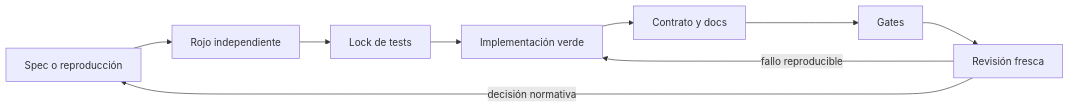
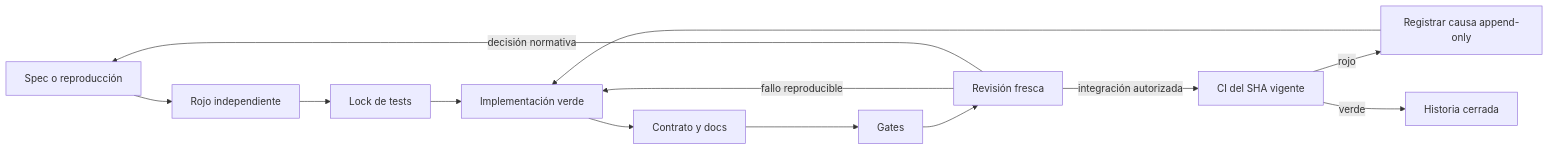
The diagram in docs/CODEX_WORKFLOW.md (dbareagimeno/lodestar), drawn with Mermaid before and after one commit. The commit also changed other lines of this file and 7 other files, not shown here.

````diff
--- a/docs/CODEX_WORKFLOW.md
+++ b/docs/CODEX_WORKFLOW.md
@@ -59,11 +63,15 @@
 ```mermaid
 flowchart LR
     S["Spec o reproducción"] --> R["Rojo independiente"]
     R --> L["Lock de tests"]
     L --> G["Implementación verde"]
     G --> D["Contrato y docs"]
     D --> Q["Gates"]
     Q --> J["Revisión fresca"]
     J -- "fallo reproducible" --> G
     J -- "decisión normativa" --> S
+    J -- "integración autorizada" --> C["CI del SHA vigente"]
+    C -- "rojo" --> F["Registrar causa append-only"]
+    F --> G
+    C -- "verde" --> Z["Historia cerrada"]
 ```
````
